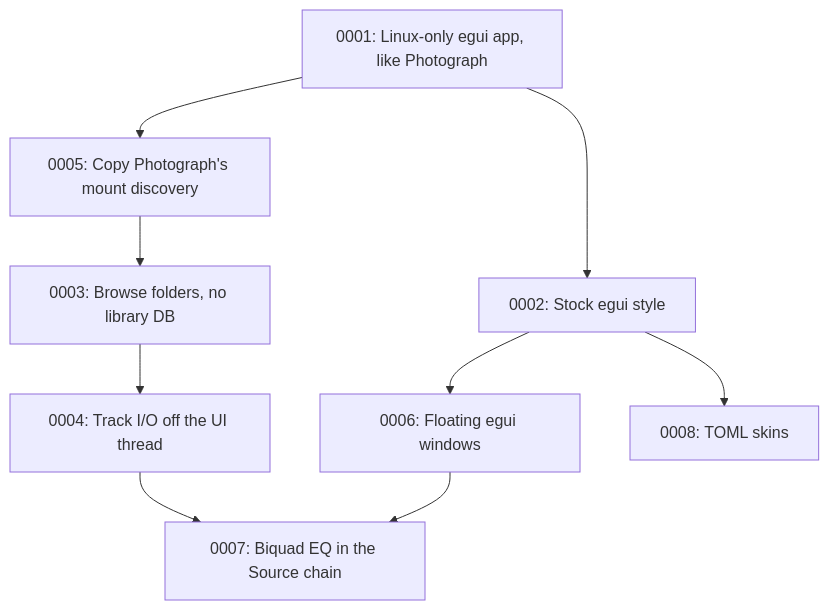
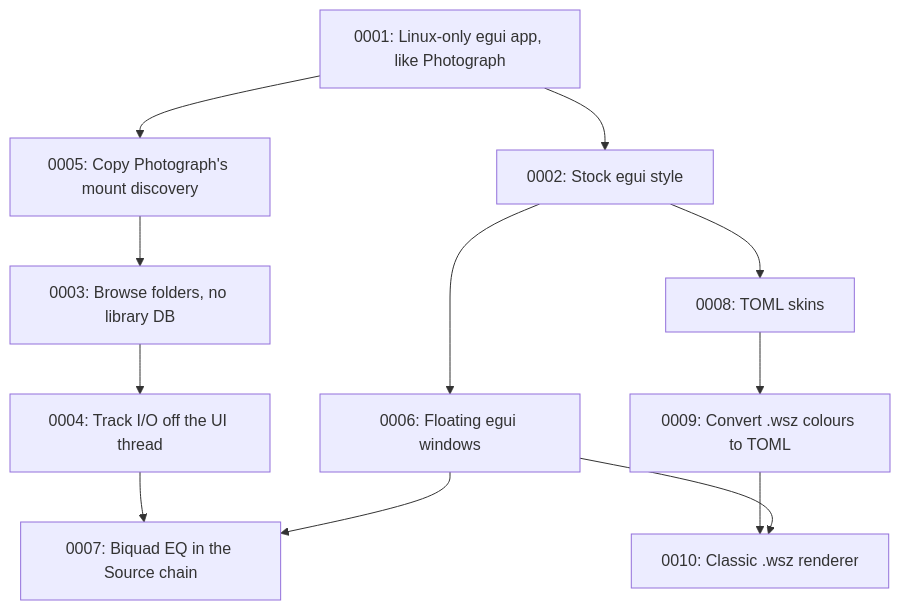
The diagram in docs/adr/README.md (divanvisagie/UnAmp), drawn with Mermaid before and after one commit. The commit also changed other lines of this file and 13 other files, not shown here.

````diff
--- a/docs/adr/README.md
+++ b/docs/adr/README.md
@@ -52,11 +54,14 @@
 ```mermaid
 flowchart TD
     A[0001: Linux-only egui app, like Photograph] --> B[0002: Stock egui style]
     A --> E[0005: Copy Photograph's mount discovery]
     C[0003: Browse folders, no library DB] --> D[0004: Track I/O off the UI thread]
     E --> C
     B --> F[0006: Floating egui windows]
     D --> G[0007: Biquad EQ in the Source chain]
     F --> G
     B --> H[0008: TOML skins]
+    H --> I[0009: Convert .wsz colours to TOML]
+    I --> J[0010: Classic .wsz renderer]
+    F --> J
 ```
````
